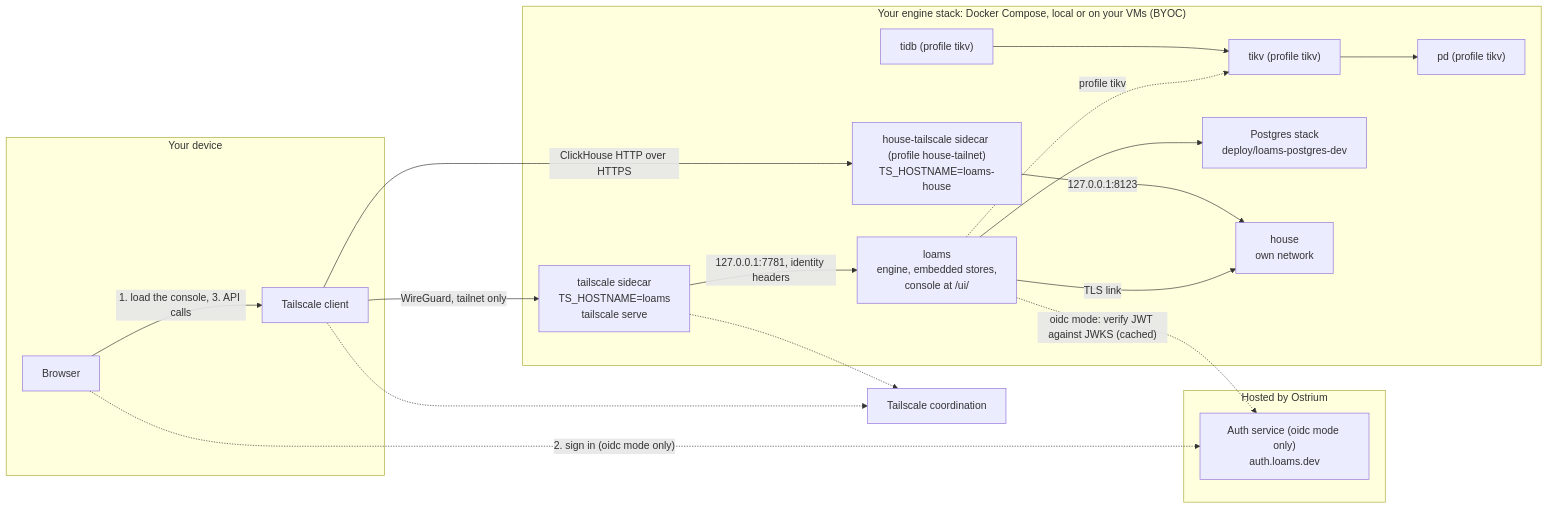
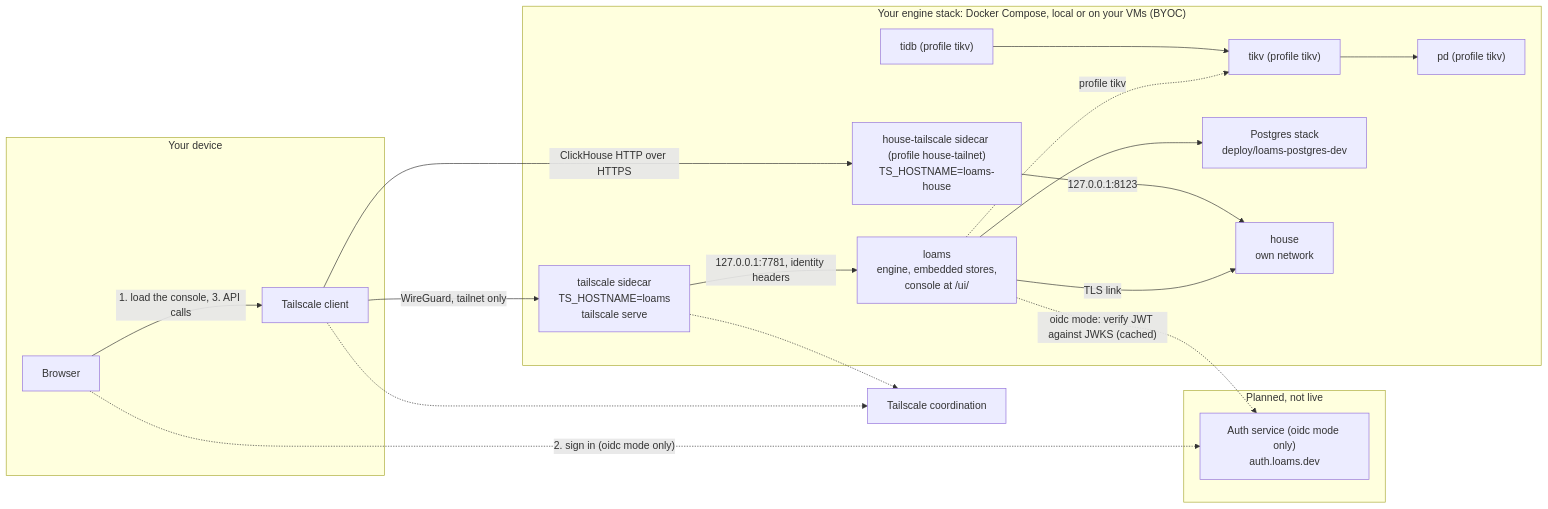
The diagram in docs/release/preview.md (BharanitharanKR/loams), drawn with Mermaid before and after one commit. The commit also changed other lines of this file and 2 other files, not shown here.

````diff
--- a/docs/release/preview.md
+++ b/docs/release/preview.md
@@ -128,39 +129,39 @@
 ```mermaid
 flowchart LR
-  subgraph hosted["Hosted by Ostrium"]
+  subgraph hosted["Planned, not live"]
     auth["Auth service (oidc mode only)<br/>auth.loams.dev"]
   end
 
   subgraph device["Your device"]
     browser["Browser"]
     tsclient["Tailscale client"]
   end
 
   coord["Tailscale coordination"]
 
   subgraph stack["Your engine stack: Docker Compose, local or on your VMs (BYOC)"]
     ts["tailscale sidecar<br/>TS_HOSTNAME=loams<br/>tailscale serve"]
     loams["loams<br/>engine, embedded stores,<br/>console at /ui/"]
     tidb["tidb (profile tikv)"]
     tikv["tikv (profile tikv)"]
     pd["pd (profile tikv)"]
     pg["Postgres stack<br/>deploy/loams-postgres-dev"]
     hts["house-tailscale sidecar (profile house-tailnet)<br/>TS_HOSTNAME=loams-house"]
     house["house<br/>own network"]
   end
 
   browser -- "1. load the console, 3. API calls" --> tsclient
   browser -. "2. sign in (oidc mode only)" .-> auth
   tsclient -- "WireGuard, tailnet only" --> ts
   ts -- "127.0.0.1:7781, identity headers" --> loams
   loams -. "oidc mode: verify JWT against JWKS (cached)" .-> auth
   loams -. "profile tikv" .-> tikv
   loams -- "TLS link" --> house
   tidb --> tikv
   tikv --> pd
   loams --> pg
   tsclient -- "ClickHouse HTTP over HTTPS" --> hts
   hts -- "127.0.0.1:8123" --> house
   tsclient -.-> coord
   ts -.-> coord
 ```
````
